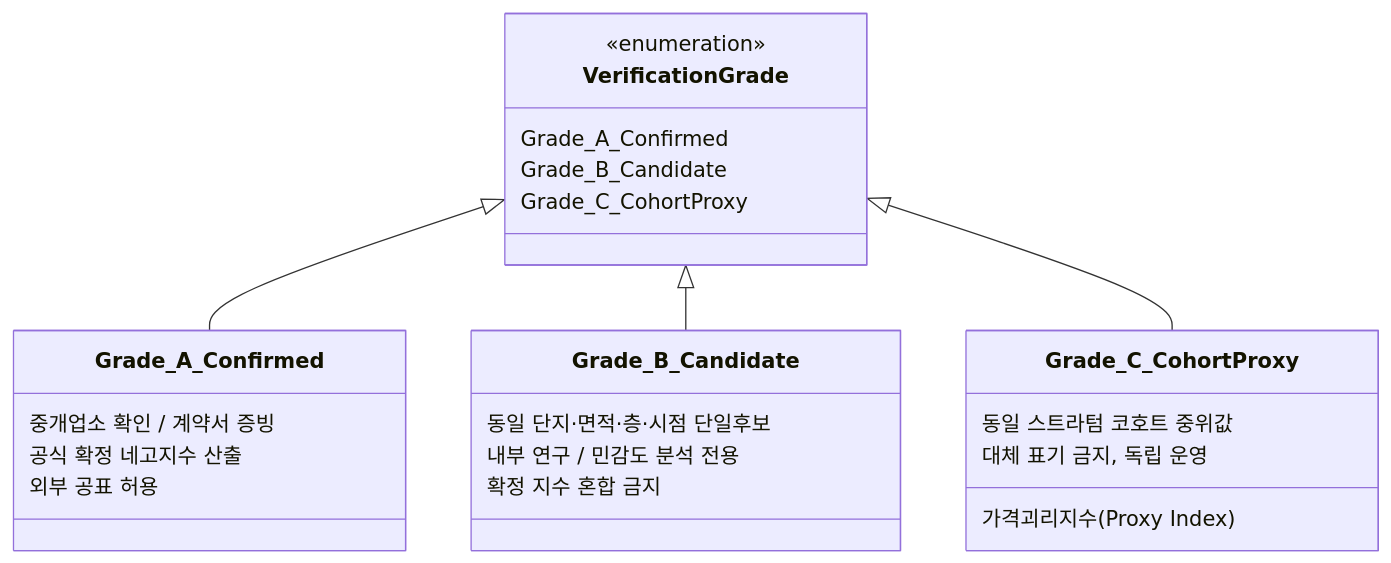
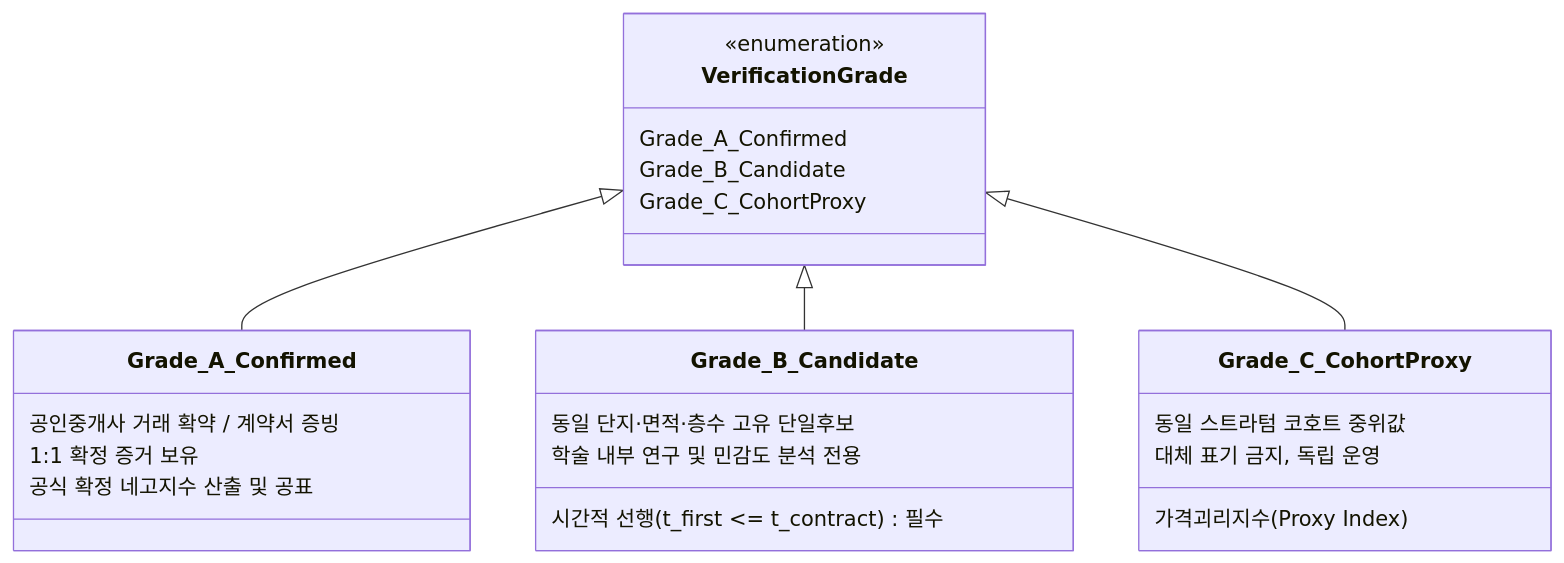
Before and after one commit to raspos/apt-watch: the second of 2 diagrams in docs/nego_index_methodology.md, drawn with Mermaid. The commit also changed other lines of this file and 9 other files, not shown here.

````diff
--- a/docs/nego_index_methodology.md
+++ b/docs/nego_index_methodology.md
@@ -100,27 +100,27 @@
 ```mermaid
 classDiagram
     class VerificationGrade {
         <<enumeration>>
         Grade_A_Confirmed
         Grade_B_Candidate
         Grade_C_CohortProxy
     }
     class Grade_A_Confirmed {
-        중개업소 확인 / 계약서 증빙
-        공식 확정 네고지수 산출
-        외부 공표 허용
+        공인중개사 거래 확약 / 계약서 증빙
+        1:1 확정 증거 보유
+        공식 확정 네고지수 산출 및 공표
     }
     class Grade_B_Candidate {
-        동일 단지·면적·층·시점 단일후보
-        내부 연구 / 민감도 분석 전용
-        확정 지수 혼합 금지
+        동일 단지·면적·층수 고유 단일후보
+        시간적 선행(t_first <= t_contract) 필수
+        학술 내부 연구 및 민감도 분석 전용
     }
     class Grade_C_CohortProxy {
         동일 스트라텀 코호트 중위값
         가격괴리지수 (Proxy Index)
         대체 표기 금지, 독립 운영
     }
     VerificationGrade <|-- Grade_A_Confirmed
     VerificationGrade <|-- Grade_B_Candidate
     VerificationGrade <|-- Grade_C_CohortProxy
 ```
````
